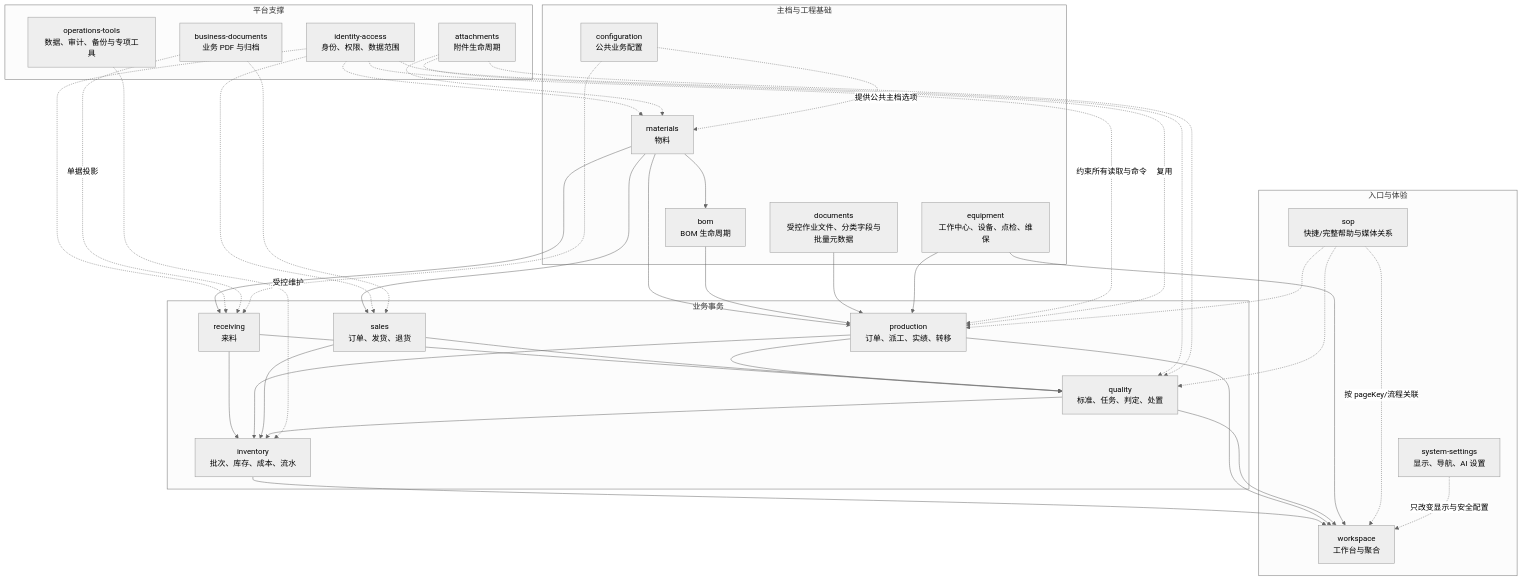
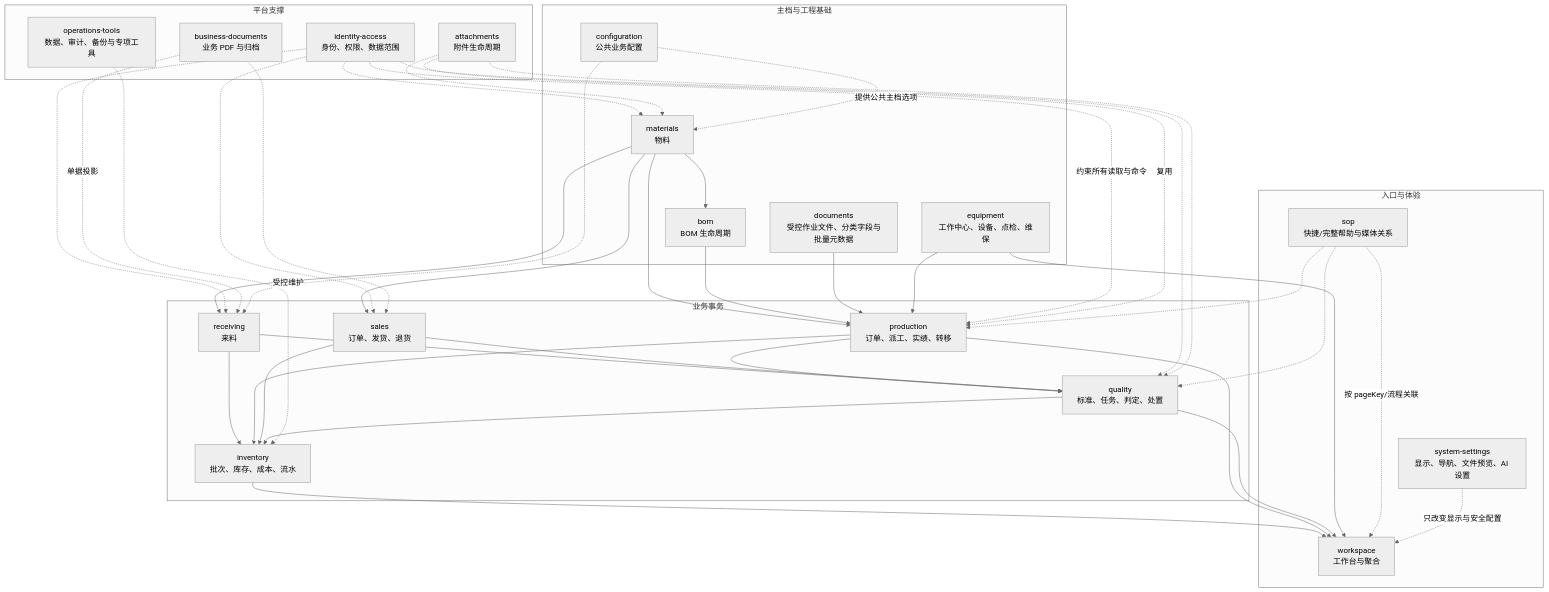
One commit to goldf2/mes-lite changed the third of 12 diagrams in docs/architecture/系统结构图.md. Above: the diagram before and after it, drawn with Mermaid (neutral theme). The commit also changed other lines of this file and 57 other files, not shown here.

````diff
--- a/docs/architecture/系统结构图.md
+++ b/docs/architecture/系统结构图.md
@@ -73,68 +73,68 @@
 ```mermaid
 flowchart TB
   subgraph Experience["入口与体验"]
     Workspace["workspace<br/>工作台与聚合"]
     Sop["sop<br/>快捷/完整帮助与媒体关系"]
-    System["system-settings<br/>显示、导航、AI 设置"]
+    System["system-settings<br/>显示、导航、文件预览、AI 设置"]
   end
 
   subgraph Master["主档与工程基础"]
     Materials["materials<br/>物料"]
     Bom["bom<br/>BOM 生命周期"]
     Documents["documents<br/>受控作业文件、分类字段与批量元数据"]
     Configuration["configuration<br/>公共业务配置"]
     Equipment["equipment<br/>工作中心、设备、点检、维保"]
   end
 
   subgraph Transaction["业务事务"]
     Receiving["receiving<br/>来料"]
     Production["production<br/>订单、派工、实绩、转移"]
     Quality["quality<br/>标准、任务、判定、处置"]
     Sales["sales<br/>订单、发货、退货"]
     Inventory["inventory<br/>批次、库存、成本、流水"]
   end
 
   subgraph Platform["平台支撑"]
     Identity["identity-access<br/>身份、权限、数据范围"]
     Attachments["attachments<br/>附件生命周期"]
     BusinessDocs["business-documents<br/>业务 PDF 与归档"]
     Tools["operations-tools<br/>数据、审计、备份与专项工具"]
   end
 
   Materials --> Bom
   Materials --> Receiving
   Materials --> Production
   Materials --> Sales
   Bom --> Production
   Documents --> Production
   Equipment --> Production
   Receiving --> Inventory
   Production --> Inventory
   Production --> Quality
   Receiving --> Quality
   Sales --> Inventory
   Sales --> Quality
   Quality --> Inventory
   Inventory --> Workspace
   Production --> Workspace
   Quality --> Workspace
   Equipment --> Workspace
 
   Identity -."约束所有读取与命令".-> Production
   Identity -.-> Receiving
   Identity -.-> Quality
   Identity -.-> Sales
   Identity -.-> Materials
   Attachments -."复用".-> Production
   Attachments -.-> Quality
   Attachments -.-> Materials
   BusinessDocs -."单据投影".-> Receiving
   BusinessDocs -.-> Sales
   Sop -."按 pageKey/流程关联".-> Workspace
   Sop -.-> Production
   Sop -.-> Quality
   Tools -."受控维护".-> Inventory
   System -."只改变显示与安全配置".-> Workspace
   Configuration -."提供公共主档选项".-> Materials
   Configuration -.-> Receiving
 ```
````
